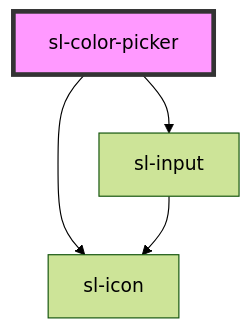
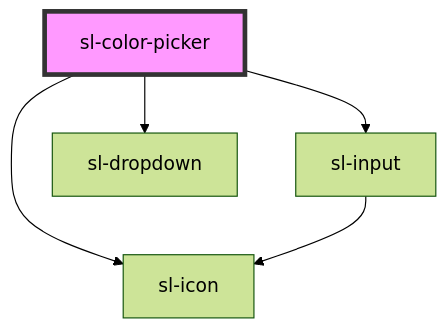
The diagram in src/components/color-picker/readme.md (shoelace-style/shoelace), drawn with Mermaid (forest theme) before and after one commit. The commit also changed other lines of this file and 4 other files, not shown here.

Commit message:
Temp dropdown for color picker

````diff
--- a/src/components/color-picker/readme.md
+++ b/src/components/color-picker/readme.md
@@ -37,7 +40,8 @@
 ```mermaid
 graph TD;
   sl-color-picker --> sl-icon
   sl-color-picker --> sl-input
+  sl-color-picker --> sl-dropdown
   sl-input --> sl-icon
   style sl-color-picker fill:#f9f,stroke:#333,stroke-width:4px
 ```
````
